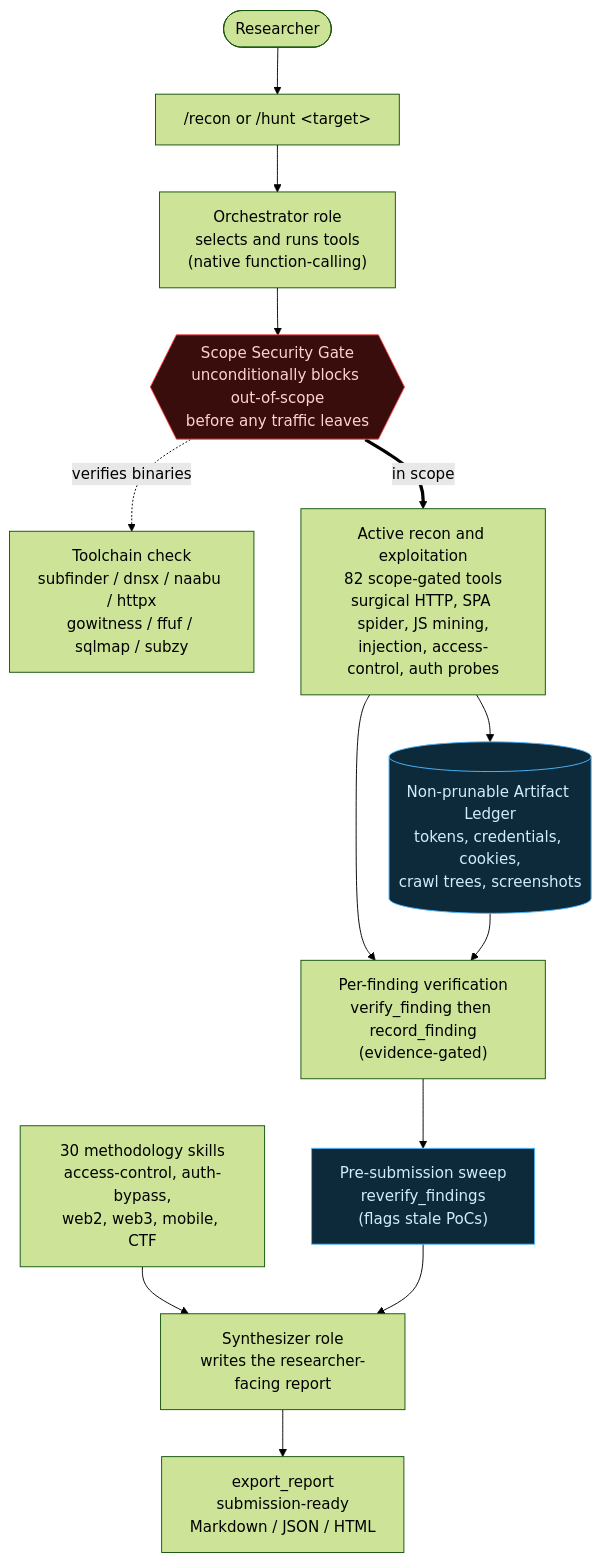
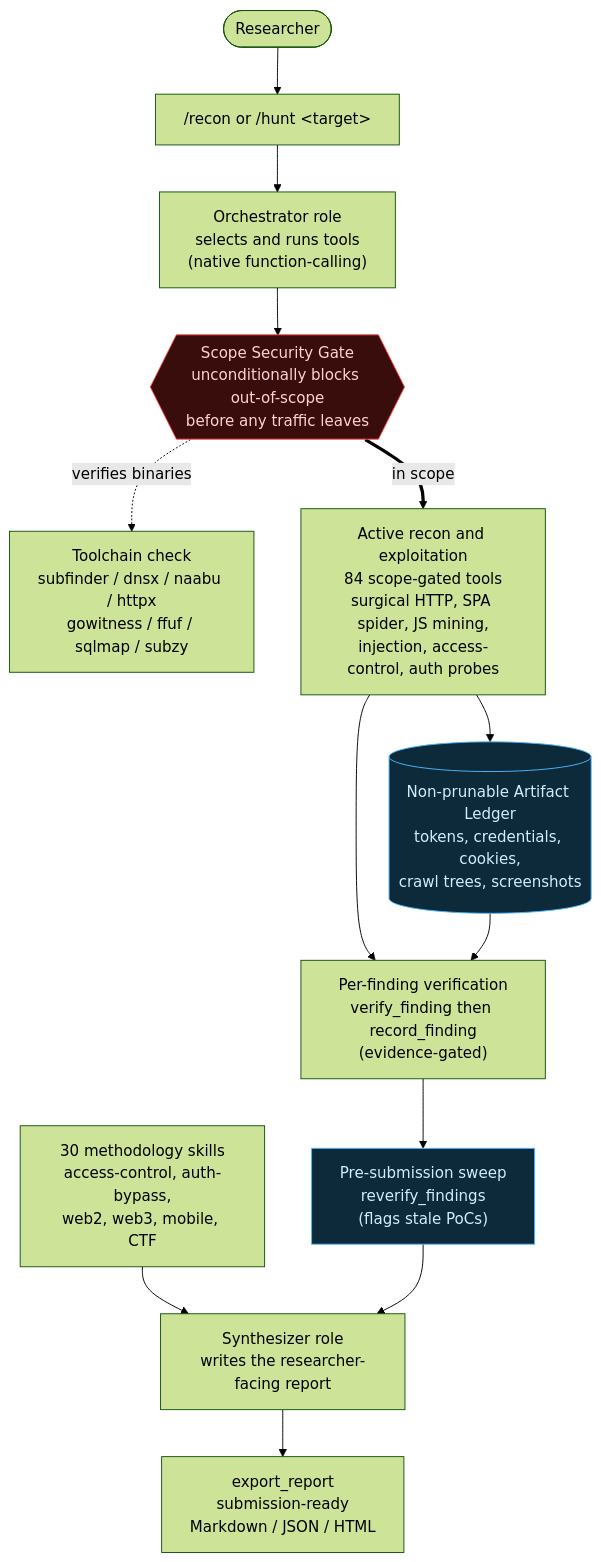
One commit to project-hellhound-org/bounty-hunter changed the diagram in README.md. Above: the diagram before and after it, drawn with Mermaid (forest theme). The commit also changed other lines of this file and 3 other files, not shown here.

````diff
--- a/README.md
+++ b/README.md
@@ -66,20 +66,20 @@
 ```mermaid
 flowchart TD
     U(["Researcher"]) --> CMD["/recon or /hunt &lt;target&gt;"]
     CMD --> ORC["Orchestrator role<br/>selects and runs tools<br/>(native function-calling)"]
     ORC --> GATE{{"Scope Security Gate<br/>unconditionally blocks out-of-scope<br/>before any traffic leaves"}}
     GATE -. verifies binaries .-> TOOLS["Toolchain check<br/>subfinder / dnsx / naabu / httpx<br/>gowitness / ffuf / sqlmap / subzy"]
-    GATE == in scope ==> RECON["Active recon and exploitation<br/>82 scope-gated tools<br/>surgical HTTP, SPA spider, JS mining,<br/>injection, access-control, auth probes"]
+    GATE == in scope ==> RECON["Active recon and exploitation<br/>84 scope-gated tools<br/>surgical HTTP, SPA spider, JS mining,<br/>injection, access-control, auth probes"]
     RECON --> LEDGER[("Non-prunable Artifact Ledger<br/>tokens, credentials, cookies,<br/>crawl trees, screenshots")]
     RECON --> VERIFY["Per-finding verification<br/>verify_finding then record_finding<br/>(evidence-gated)"]
     LEDGER --> VERIFY
     VERIFY --> REVERIFY["Pre-submission sweep<br/>reverify_findings<br/>(flags stale PoCs)"]
     SKILLS["30 methodology skills<br/>access-control, auth-bypass,<br/>web2, web3, mobile, CTF"] --> SYN
     REVERIFY --> SYN["Synthesizer role<br/>writes the researcher-facing report"]
     SYN --> REP["export_report<br/>submission-ready<br/>Markdown / JSON / HTML"]
 
     classDef gate fill:#3a0d0d,stroke:#ff4d4d,color:#ffd1d1;
     classDef store fill:#0d2a3a,stroke:#4db8ff,color:#d1ecff;
     class GATE gate;
     class LEDGER,REVERIFY store;
 ```
````
